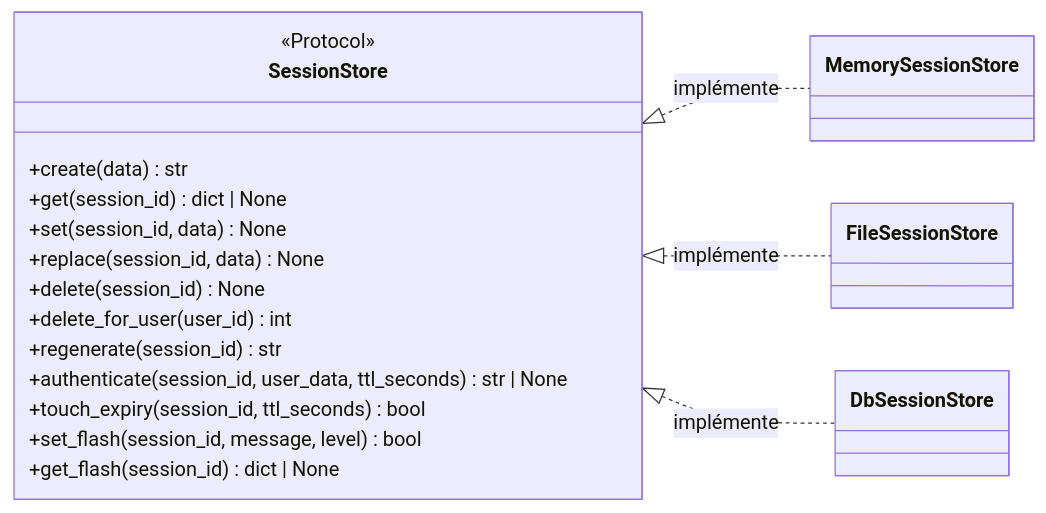
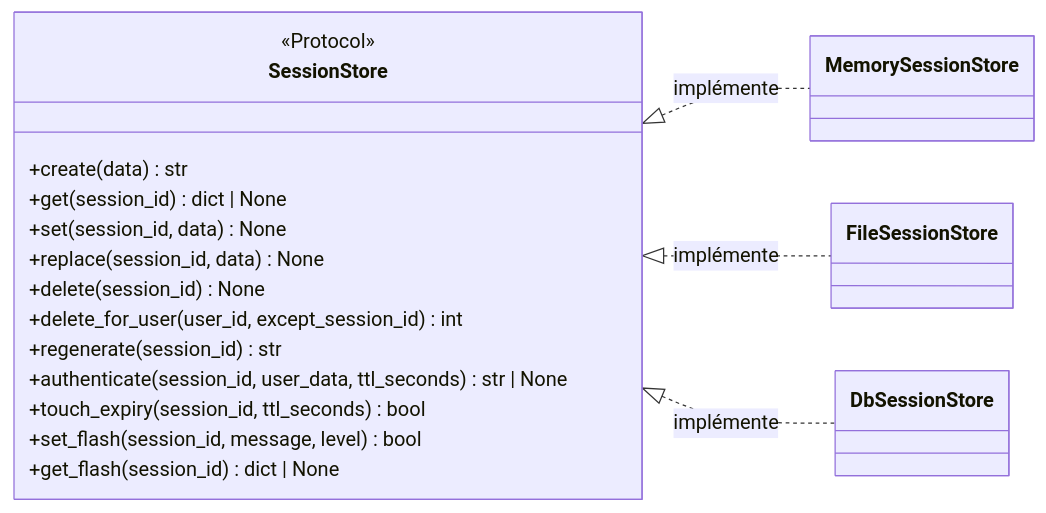
One commit to caucrogeGit/Forge changed the diagram in core/sessions/docs/contract.md. Above: the diagram before and after it, drawn with Mermaid. The commit also changed other lines of this file and 12 other files, not shown here.

````diff
--- a/core/sessions/docs/contract.md
+++ b/core/sessions/docs/contract.md
@@ -39,27 +39,27 @@
 ```mermaid
 classDiagram
     direction LR
 
     class SessionStore {
         <<Protocol>>
         +create(data) str
         +get(session_id) dict | None
         +set(session_id, data) None
         +replace(session_id, data) None
         +delete(session_id) None
-        +delete_for_user(user_id) int
+        +delete_for_user(user_id, except_session_id) int
         +regenerate(session_id) str
         +authenticate(session_id, user_data, ttl_seconds) str | None
         +touch_expiry(session_id, ttl_seconds) bool
         +set_flash(session_id, message, level) bool
         +get_flash(session_id) dict | None
     }
 
     class MemorySessionStore
     class FileSessionStore
     class DbSessionStore
 
     SessionStore <|.. MemorySessionStore : implémente
     SessionStore <|.. FileSessionStore : implémente
     SessionStore <|.. DbSessionStore : implémente
 ```
````
